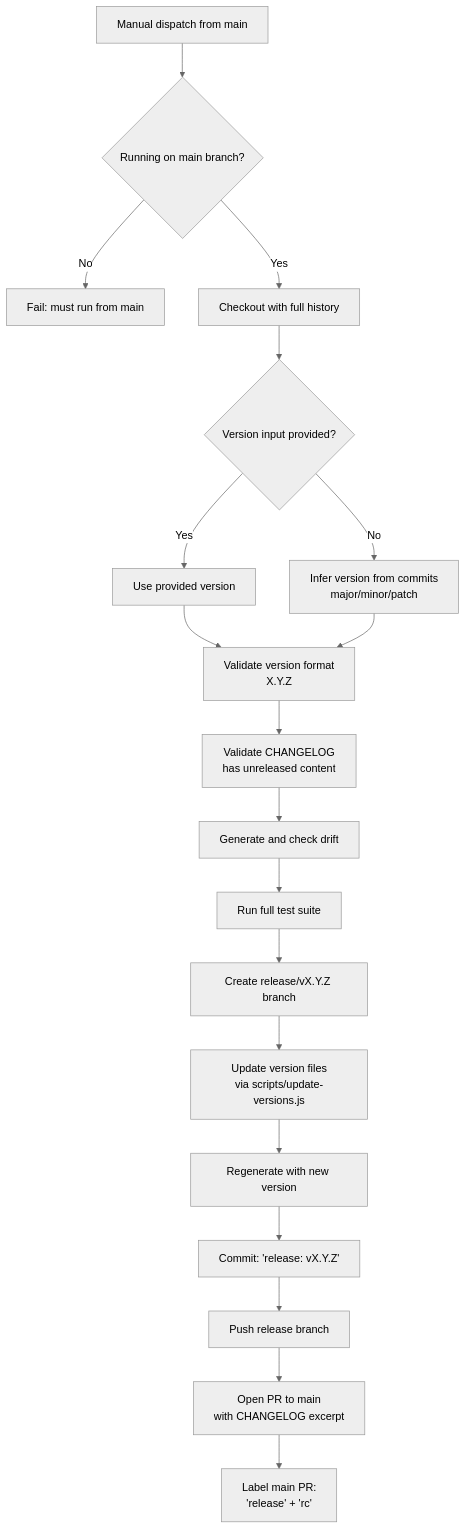
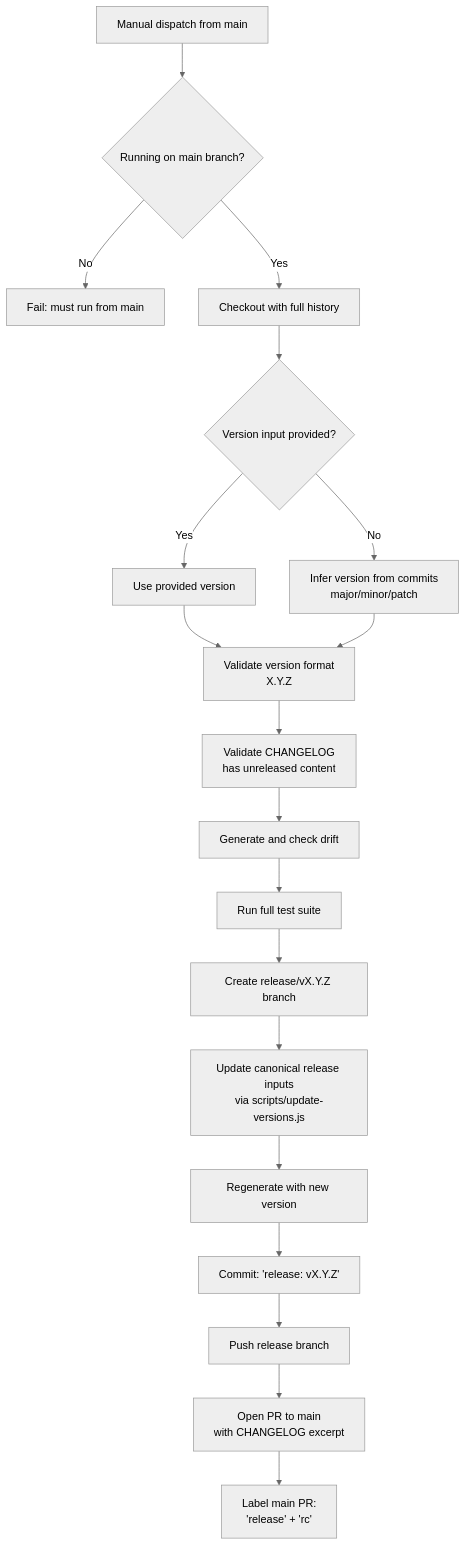
The sixth of 10 diagrams in docs/cicd.md (josstei/maestro-orchestrate), drawn with Mermaid (neutral theme) before and after one commit. The commit also changed other lines of this file and 49 other files, not shown here.

````diff
--- a/docs/cicd.md
+++ b/docs/cicd.md
@@ -318,21 +325,21 @@
 ```mermaid
 graph TD
     A["Manual dispatch from main"] --> B{"Running on main branch?"}
     B --> |"No"| C["Fail: must run from main"]
     B --> |"Yes"| D["Checkout with full history"]
     D --> E{"Version input provided?"}
     E --> |"Yes"| F["Use provided version"]
     E --> |"No"| G["Infer version from commits<br/>major/minor/patch"]
     F --> H["Validate version format<br/>X.Y.Z"]
     G --> H
     H --> I["Validate CHANGELOG<br/>has unreleased content"]
     I --> J["Generate and check drift"]
     J --> K["Run full test suite"]
     K --> L["Create release/vX.Y.Z branch"]
-    L --> M["Update version files<br/>via scripts/update-versions.js"]
+    L --> M["Update canonical release inputs<br/>via scripts/update-versions.js"]
     M --> N["Regenerate with new version"]
     N --> O["Commit: 'release: vX.Y.Z'"]
     O --> P["Push release branch"]
     P --> Q["Open PR to main<br/>with CHANGELOG excerpt"]
     Q --> R["Label main PR:<br/>'release' + 'rc'"]
 ```
````
